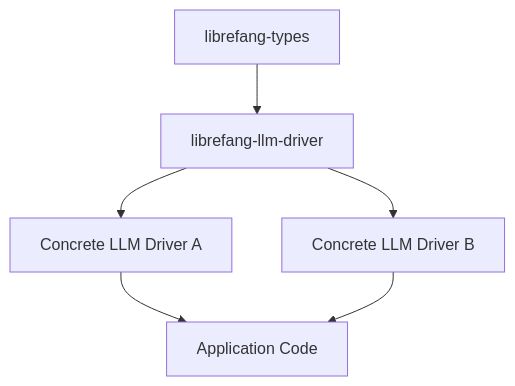
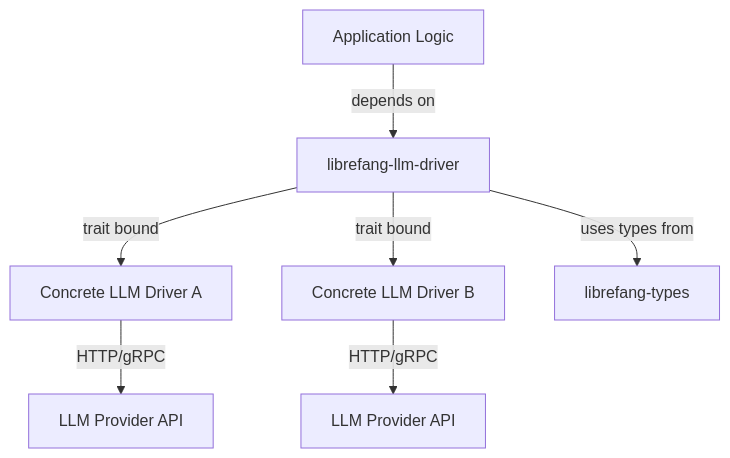
Before and after one commit to leszek3737/librefang-WIki: the diagram in other-librefang-llm-driver.md, drawn with Mermaid. The commit also changed other lines of this file and 98 other files, not shown here.

````diff
--- a/other-librefang-llm-driver.md
+++ b/other-librefang-llm-driver.md
@@ -15,8 +15,9 @@
 ```mermaid
 graph TD
-    A[librefang-types] --> B[librefang-llm-driver]
-    B --> C[Concrete LLM Driver A]
-    B --> D[Concrete LLM Driver B]
-    C --> E[Application Code]
-    D --> E
+    A[Application Logic] -->|depends on| B[librefang-llm-driver]
+    B -->|trait bound| C[Concrete LLM Driver A]
+    B -->|trait bound| D[Concrete LLM Driver B]
+    C -->|HTTP/gRPC| E[LLM Provider API]
+    D -->|HTTP/gRPC| F[LLM Provider API]
+    B -->|uses types from| G[librefang-types]
 ```
````
